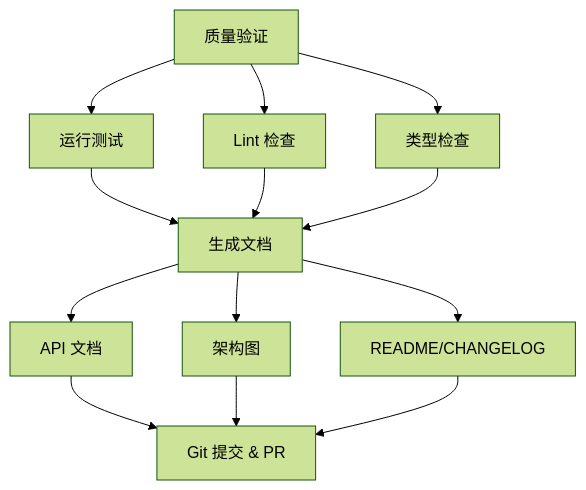
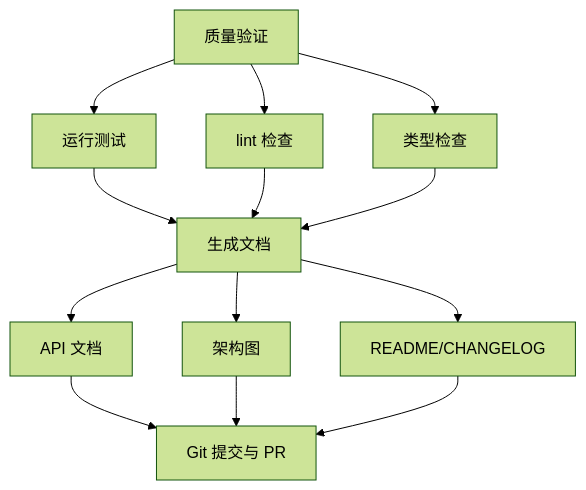
Before and after one commit to modu-ai/moai-adk: the sixth of 9 diagrams in docs-site/content/zh/getting-started/quickstart.md, drawn with Mermaid (forest theme). The commit also changed other lines of this file and 395 other files, not shown here.

````diff
--- a/docs-site/content/zh/getting-started/quickstart.md
+++ b/docs-site/content/zh/getting-started/quickstart.md
@@ -226,18 +228,18 @@
 ```mermaid
 graph TD
     A["质量验证"] --> B["运行测试"]
-    A --> C["Lint 检查"]
+    A --> C["lint 检查"]
     A --> D["类型检查"]
 
     B --> E["生成文档"]
     C --> E
     D --> E
 
     E --> F["API 文档"]
     E --> G["架构图"]
     E --> H["README/CHANGELOG"]
 
-    F --> I["Git 提交 & PR"]
+    F --> I["Git 提交与 PR"]
     G --> I
     H --> I
 ```
````
